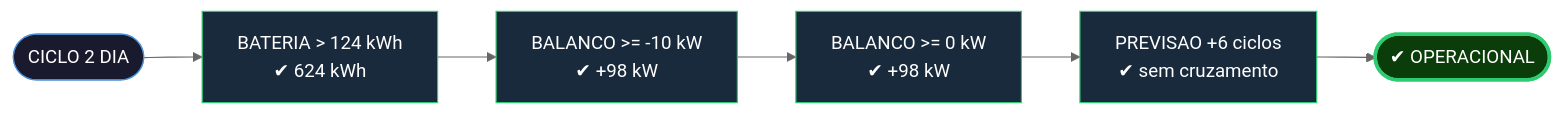
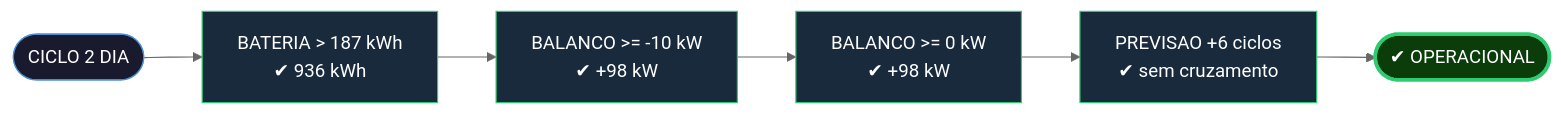
The second of 6 diagrams in README.md (juliaramosguedes/fiap-fase-3-aurora-siger), drawn with Mermaid (neutral theme) before and after one commit. The commit also changed other lines of this file, not shown here.

````diff
--- a/README.md
+++ b/README.md
@@ -73,15 +73,15 @@
 ```mermaid
 flowchart LR
-    A([CICLO 2 DIA]) --> B["BATERIA > 124 kWh\n✔ 624 kWh"]
+    A([CICLO 2 DIA]) --> B["BATERIA > 187 kWh\n✔ 936 kWh"]
     B --> C["BALANCO >= -10 kW\n✔ +98 kW"]
     C --> D["BALANCO >= 0 kW\n✔ +98 kW"]
     D --> E["PREVISAO +6 ciclos\n✔ sem cruzamento"]
     E --> F([✔ OPERACIONAL])
 
     style A fill:#1a1a2e,color:#fff,stroke:#4a90d9
     style B fill:#1a2a3d,color:#fff,stroke:#2ecc71
     style C fill:#1a2a3d,color:#fff,stroke:#2ecc71
     style D fill:#1a2a3d,color:#fff,stroke:#2ecc71
     style E fill:#1a2a3d,color:#fff,stroke:#2ecc71
     style F fill:#0a3d0a,color:#fff,stroke:#2ecc71,stroke-width:3px
 ```
````
